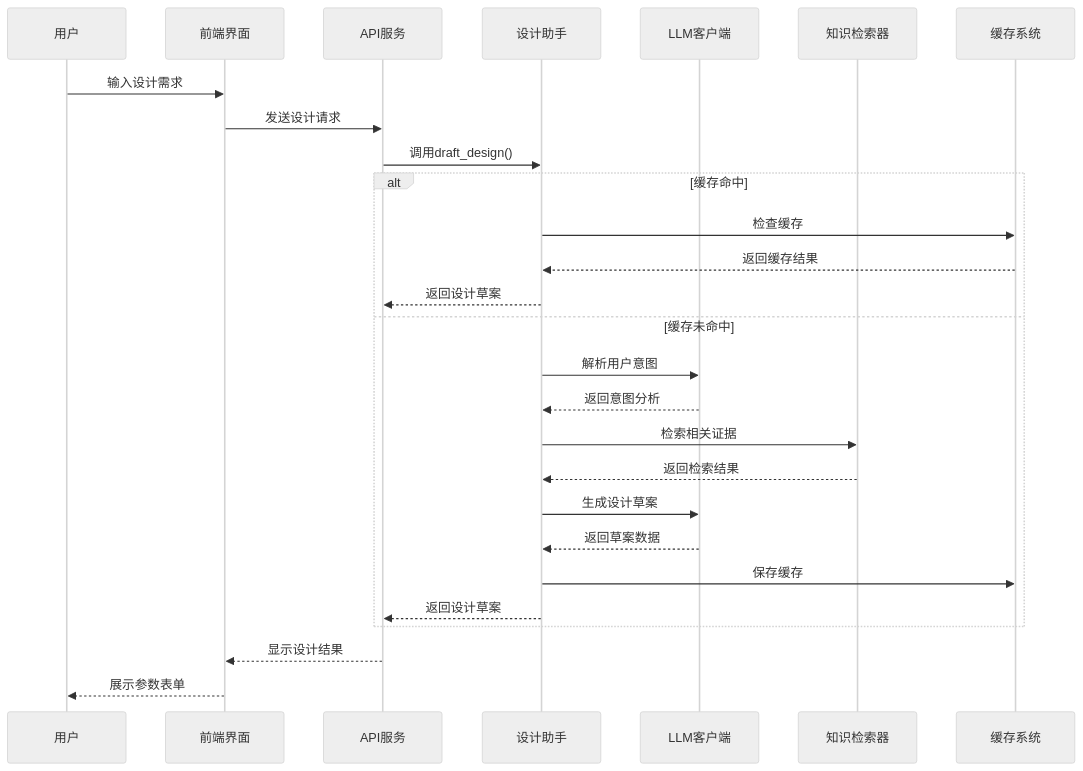
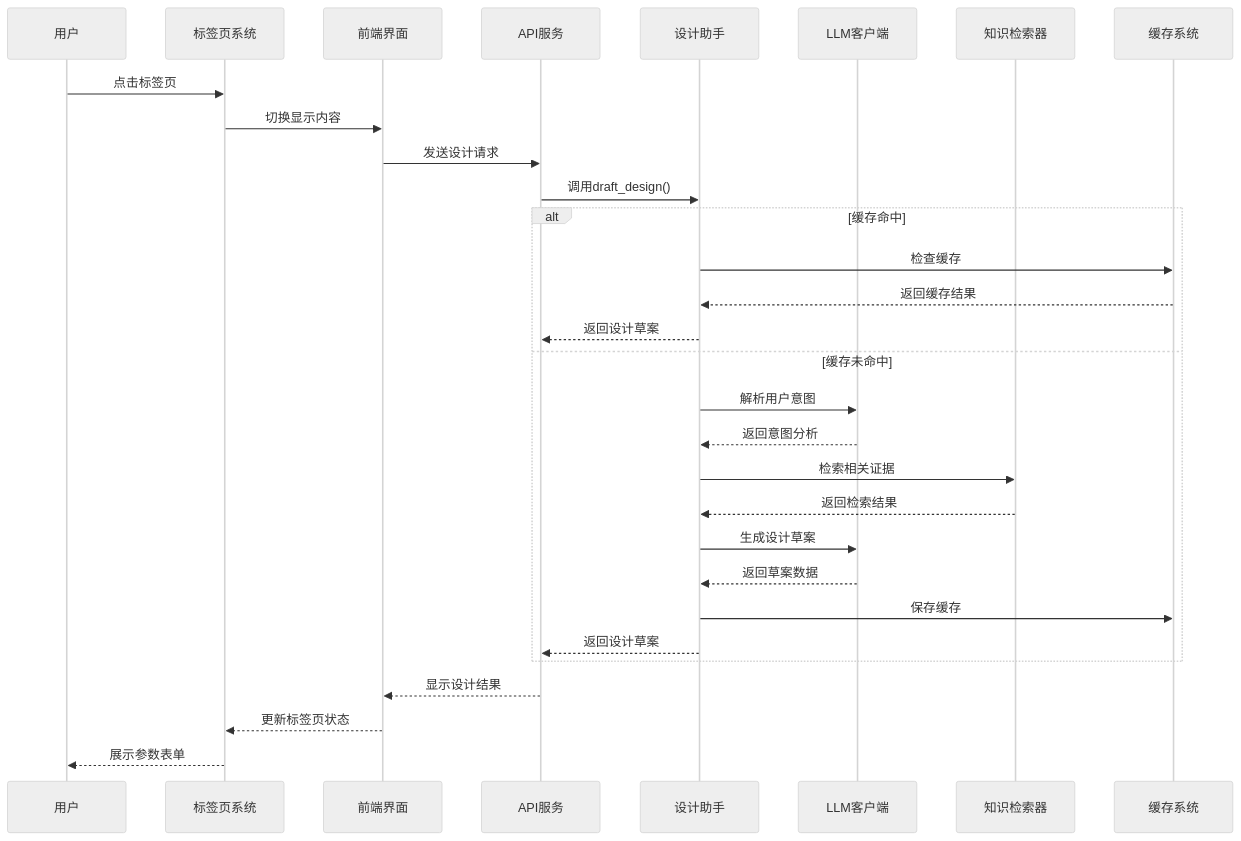
Before and after one commit to wsqstar/RoadGen3D: the third of 8 diagrams in .qoder/repowiki/zh/content/Web界面系统/工作台界面/设计草案面板.md, drawn with Mermaid (neutral theme). The commit also changed other lines of this file and 8 other files, not shown here.

````diff
--- a/.qoder/repowiki/zh/content/Web界面系统/工作台界面/设计草案面板.md
+++ b/.qoder/repowiki/zh/content/Web界面系统/工作台界面/设计草案面板.md
@@ -143,29 +221,32 @@
 ```mermaid
 sequenceDiagram
 participant User as 用户
+participant Tabs as 标签页系统
 participant UI as 前端界面
 participant API as API服务
 participant Service as 设计助手
 participant LLM as LLM客户端
 participant RAG as 知识检索器
 participant Cache as 缓存系统
-User->>UI : 输入设计需求
+User->>Tabs : 点击标签页
+Tabs->>UI : 切换显示内容
 UI->>API : 发送设计请求
 API->>Service : 调用draft_design()
 alt 缓存命中
 Service->>Cache : 检查缓存
 Cache-->>Service : 返回缓存结果
 Service-->>API : 返回设计草案
 else 缓存未命中
 Service->>LLM : 解析用户意图
 LLM-->>Service : 返回意图分析
 Service->>RAG : 检索相关证据
 RAG-->>Service : 返回检索结果
 Service->>LLM : 生成设计草案
 LLM-->>Service : 返回草案数据
 Service->>Cache : 保存缓存
 Service-->>API : 返回设计草案
 end
 API-->>UI : 显示设计结果
-UI-->>User : 展示参数表单
+UI-->>Tabs : 更新标签页状态
+Tabs-->>User : 展示参数表单
 ```
````
